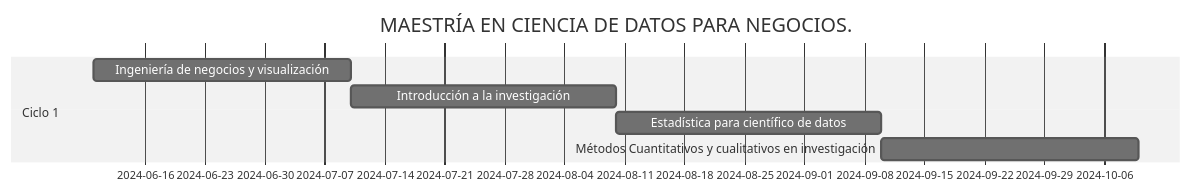
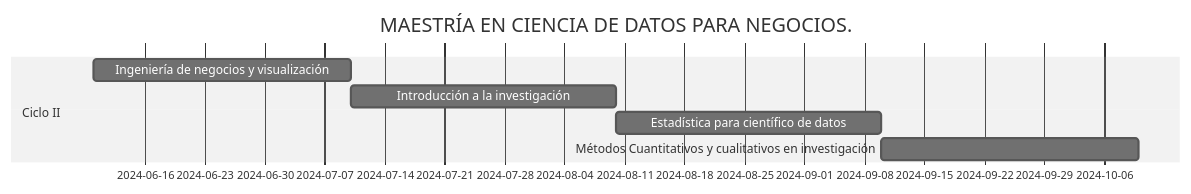
The second of 3 diagrams in README.md (FernandoAleisy/Maestria_Ciencia_Datos_Negocios), drawn with Mermaid (neutral theme) before and after one commit. The commit also changed other lines of this file and 35 other files, not shown here.

````diff
--- a/README.md
+++ b/README.md
@@ -49,10 +49,10 @@
 ```mermaid
 gantt
     title MAESTRÍA EN CIENCIA DE DATOS PARA NEGOCIOS.
     dateFormat  DD-MM-YYYY
-    section Ciclo 1
+    section Ciclo II
     Ingeniería de negocios y visualización : a1, 10-06-2024, 1M
     Introducción a la investigación : a2, 10-07-2024, 1M
     Estadística para científico de datos : a3, 10-08-2024, 1M
     Métodos Cuantitativos y cualitativos en investigación : a4, 10-09-2024, 1M
 ```
````
